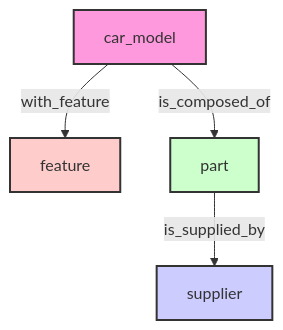
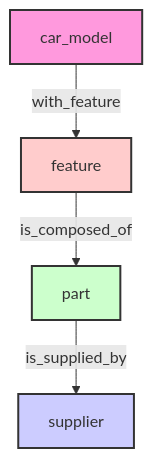
One commit to wey-gu/supplychain-dataset-gen changed the first of 2 diagrams in README.md. Above: the diagram before and after it, drawn with Mermaid. The commit also changed other lines of this file and 1 other file, not shown here.

Commit message:
fix: wrong edge fixed

````diff
--- a/README.md
+++ b/README.md
@@ -37,16 +37,16 @@
 ```mermaid
 graph TD
     A[car_model]
     B[feature]
     C[part]
     D[supplier]
 
     A -->|with_feature| B
-    A -->|is_composed_of| C
+    B -->|is_composed_of| C
     C -->|is_supplied_by| D
 
     style A fill:#f9d,stroke:#333,stroke-width:2px;
     style B fill:#fcc,stroke:#333,stroke-width:2px;
     style C fill:#cfc,stroke:#333,stroke-width:2px;
     style D fill:#ccf,stroke:#333,stroke-width:2px;
 ```
````
